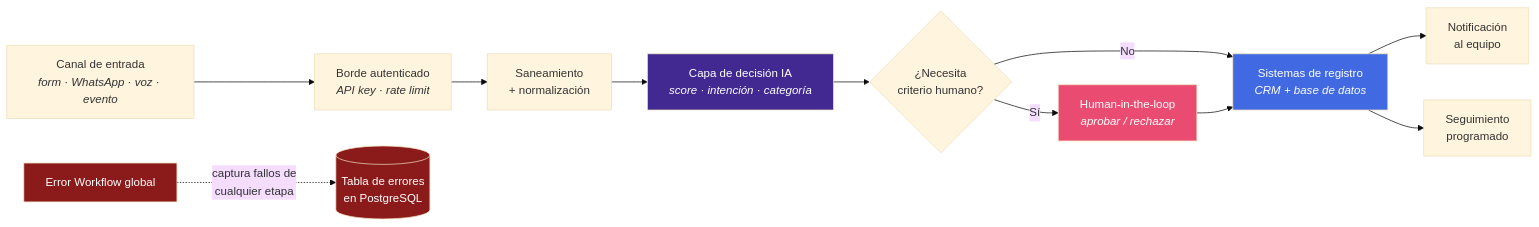
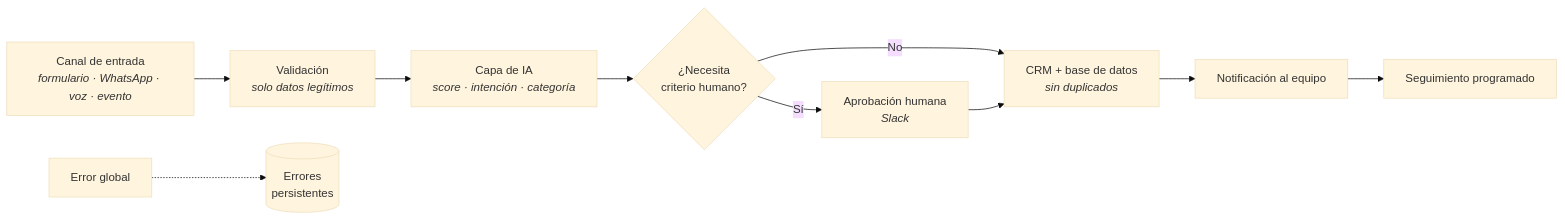
The diagram in README.md (BhrayanM/Portafolio), drawn with Mermaid (base theme) before and after one commit. The commit also changed other lines of this file and 108 other files, not shown here.

````diff
--- a/README.md
+++ b/README.md
@@ -120,20 +101,12 @@
 ```mermaid
 flowchart LR
-    A["Canal de entrada<br/><i>form · WhatsApp · voz · evento</i>"] --> B["Borde autenticado<br/><i>API key · rate limit</i>"]
-    B --> C["Saneamiento<br/>+ normalización"]
-    C --> D["Capa de decisión IA<br/><i>score · intención · categoría</i>"]
-    D --> E{"¿Necesita<br/>criterio humano?"}
-    E -- Sí --> F["Human-in-the-loop<br/><i>aprobar / rechazar</i>"]
-    E -- No --> G["Sistemas de registro<br/><i>CRM + base de datos</i>"]
-    F --> G
-    G --> H["Notificación<br/>al equipo"]
-    G --> I["Seguimiento<br/>programado"]
-
-    J["Error Workflow global"] -.captura fallos de<br/>cualquier etapa.-> K[("Tabla de errores<br/>en PostgreSQL")]
-
-    style D fill:#412991,color:#fff
-    style F fill:#EA4B71,color:#fff
-    style G fill:#4169E1,color:#fff
-    style J fill:#8b1a1a,color:#fff
-    style K fill:#8b1a1a,color:#fff
+    A["Canal de entrada<br/><i>formulario · WhatsApp · voz · evento</i>"] --> B["Validación<br/><i>solo datos legítimos</i>"]
+    B --> C["Capa de IA<br/><i>score · intención · categoría</i>"]
+    C --> D{"¿Necesita<br/>criterio humano?"}
+    D -- "Sí" --> E["Aprobación humana<br/><i>Slack</i>"]
+    D -- No --> F["CRM + base de datos<br/><i>sin duplicados</i>"]
+    E --> F
+    F --> G["Notificación al equipo"]
+    G --> H["Seguimiento programado"]
+    I["Error global"] -.-> J[("Errores<br/>persistentes")]
 ```
````
